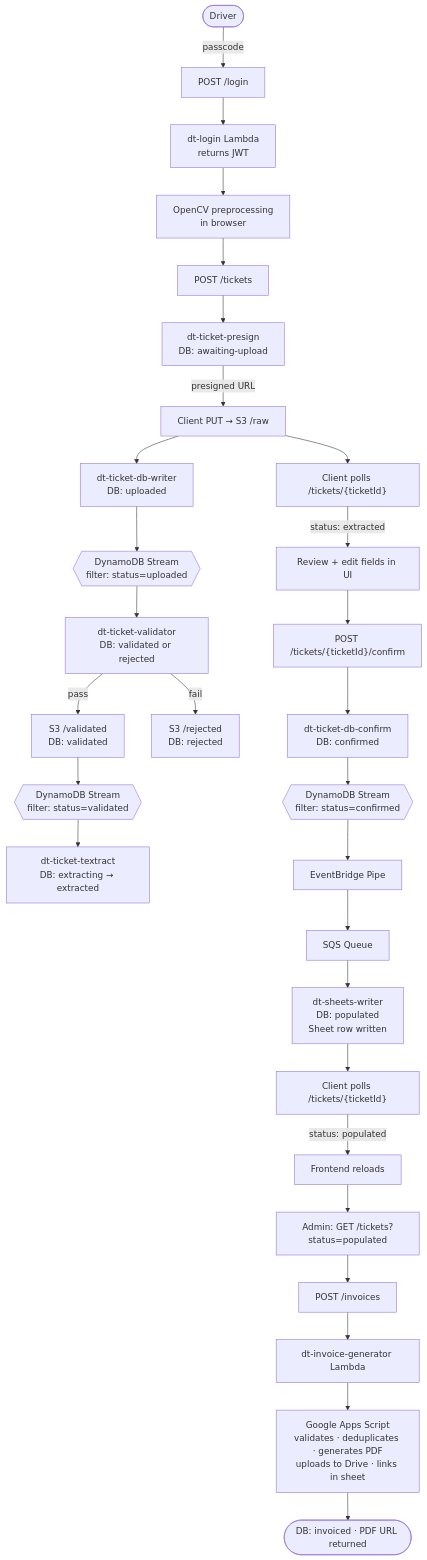
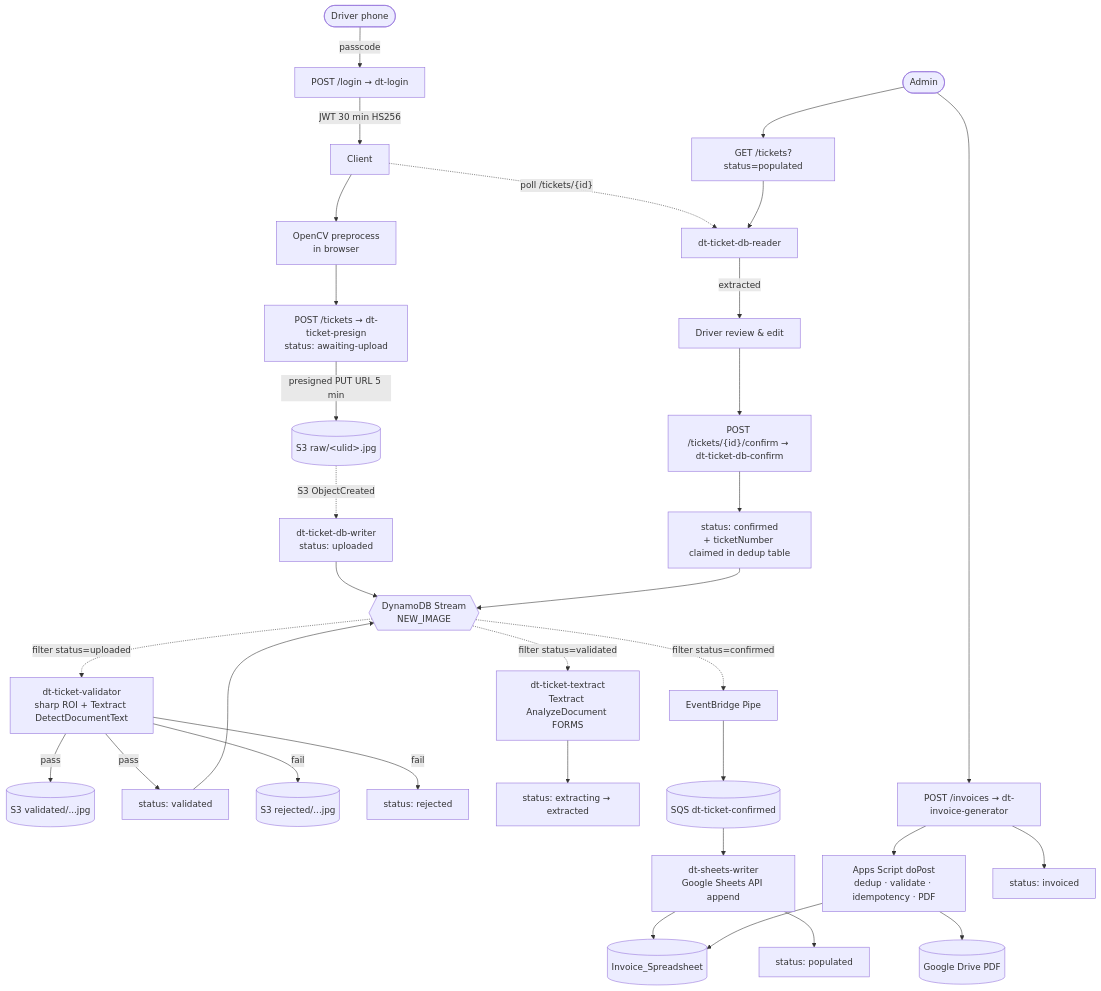
Before and after one commit to artomatiq/ccs-ticket-backend: the first of 2 diagrams in ARCHITECTURE.MD, drawn with Mermaid. The commit also changed other lines of this file, not shown here.

````diff
--- a/ARCHITECTURE.MD
+++ b/ARCHITECTURE.MD
@@ -9,36 +21,41 @@
 ```mermaid
 flowchart TD
-    A([Driver]) -->|passcode| B[POST /login]
-    B --> C[dt-login Lambda\nreturns JWT]
+    A([Driver phone]) -->|passcode| LOGIN[POST /login → dt-login]
+    LOGIN -->|JWT 30 min HS256| CLIENT[Client]
+    CLIENT --> OPENCV[OpenCV preprocess<br/>in browser]
+    OPENCV --> PRESIGN[POST /tickets → dt-ticket-presign<br/>status: awaiting-upload]
+    PRESIGN -->|presigned PUT URL 5 min| S3RAW[(S3 raw/&lt;ulid&gt;.jpg)]
 
-    C --> D[OpenCV preprocessing\nin browser]
-    D --> E[POST /tickets]
-    E --> F[dt-ticket-presign\nDB: awaiting-upload]
-    F -->|presigned URL| G[Client PUT → S3 /raw]
+    S3RAW -.S3 ObjectCreated.-> DBW[dt-ticket-db-writer<br/>status: uploaded]
+    DBW --> STREAM{{DynamoDB Stream<br/>NEW_IMAGE}}
 
-    G --> H[dt-ticket-db-writer\nDB: uploaded]
-    H --> S1{{DynamoDB Stream\nfilter: status=uploaded}}
-    S1 --> J[dt-ticket-validator\nDB: validated or rejected]
-    J -->|pass| K[S3 /validated\nDB: validated]
-    J -->|fail| L[S3 /rejected\nDB: rejected]
-    K --> S2{{DynamoDB Stream\nfilter: status=validated}}
-    S2 --> N[dt-ticket-textract\nDB: extracting → extracted]
+    STREAM -.filter status=uploaded.-> VAL[dt-ticket-validator<br/>sharp ROI + Textract DetectDocumentText]
+    VAL -- pass --> S3VAL[(S3 validated/...jpg)]
+    VAL -- pass --> DBVAL[status: validated]
+    VAL -- fail --> S3REJ[(S3 rejected/...jpg)]
+    VAL -- fail --> DBREJ[status: rejected]
+    DBVAL --> STREAM
 
-    G --> O["Client polls /tickets/{ticketId}"]
-    O -->|status: extracted| P[Review + edit fields in UI]
-    P --> Q["POST /tickets/{ticketId}/confirm"]
-    Q --> R[dt-ticket-db-confirm\nDB: confirmed]
-    R --> S3{{DynamoDB Stream\nfilter: status=confirmed}}
-    S3 --> pipe[EventBridge Pipe]
-    pipe --> sqs[SQS Queue]
-    sqs --> T[dt-sheets-writer\nDB: populated\nSheet row written]
+    STREAM -.filter status=validated.-> TXT[dt-ticket-textract<br/>Textract AnalyzeDocument FORMS]
+    TXT --> DBEXT[status: extracting → extracted]
 
-    T --> U["Client polls /tickets/{ticketId}"]
-    U -->|status: populated| V[Frontend reloads]
+    CLIENT -.poll /tickets/&lcub;id&rcub;.-> READER[dt-ticket-db-reader]
+    READER -- extracted --> REVIEW[Driver review &amp; edit]
+    REVIEW --> CONFIRM[POST /tickets/&lcub;id&rcub;/confirm → dt-ticket-db-confirm]
+    CONFIRM --> DBCONF[status: confirmed<br/>+ ticketNumber claimed in dedup table]
+    DBCONF --> STREAM
 
-    V --> W[Admin: GET /tickets?status=populated]
-    W --> X[POST /invoices]
-    X --> Y[dt-invoice-generator Lambda]
-    Y --> Z[Google Apps Script\nvalidates · deduplicates · generates PDF\nuploads to Drive · links in sheet]
-    Z --> AA([DB: invoiced · PDF URL returned])
+    STREAM -.filter status=confirmed.-> PIPE[EventBridge Pipe]
+    PIPE --> SQS[(SQS dt-ticket-confirmed)]
+    SQS --> SHEETS[dt-sheets-writer<br/>Google Sheets API append]
+    SHEETS --> SHEET[(Invoice_Spreadsheet)]
+    SHEETS --> DBPOP[status: populated]
+
+    ADMIN([Admin]) --> LIST[GET /tickets?status=populated]
+    LIST --> READER
+    ADMIN --> INV[POST /invoices → dt-invoice-generator]
+    INV --> AS[Apps Script doPost<br/>dedup · validate · idempotency · PDF]
+    AS --> DRIVE[(Google Drive PDF)]
+    AS --> SHEET
+    INV --> DBINV[status: invoiced]
 ```
````
